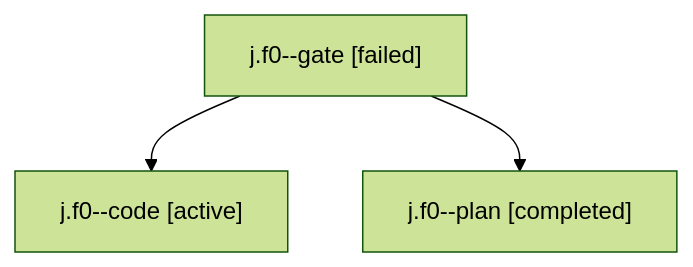
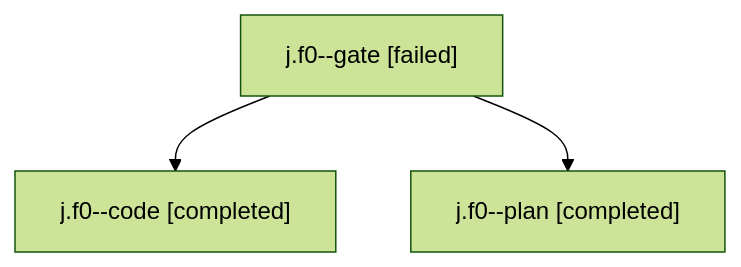
One commit to sase-org/sase--agents changed the diagram in sessions/bbugyi200.kellys_mbp.j.f0.md. Above: the diagram before and after it, drawn with Mermaid (forest theme). The commit also changed other lines of this file and 12 other files, not shown here.

````diff
--- a/sessions/bbugyi200.kellys_mbp.j.f0.md
+++ b/sessions/bbugyi200.kellys_mbp.j.f0.md
@@ -9,8 +9,8 @@
 ```mermaid
 flowchart TD
   n0["j.f0--gate [failed]"]
-  n1["j.f0--code [active]"]
+  n1["j.f0--code [completed]"]
   n0 --> n1
   n2["j.f0--plan [completed]"]
   n0 --> n2
 ```
````
